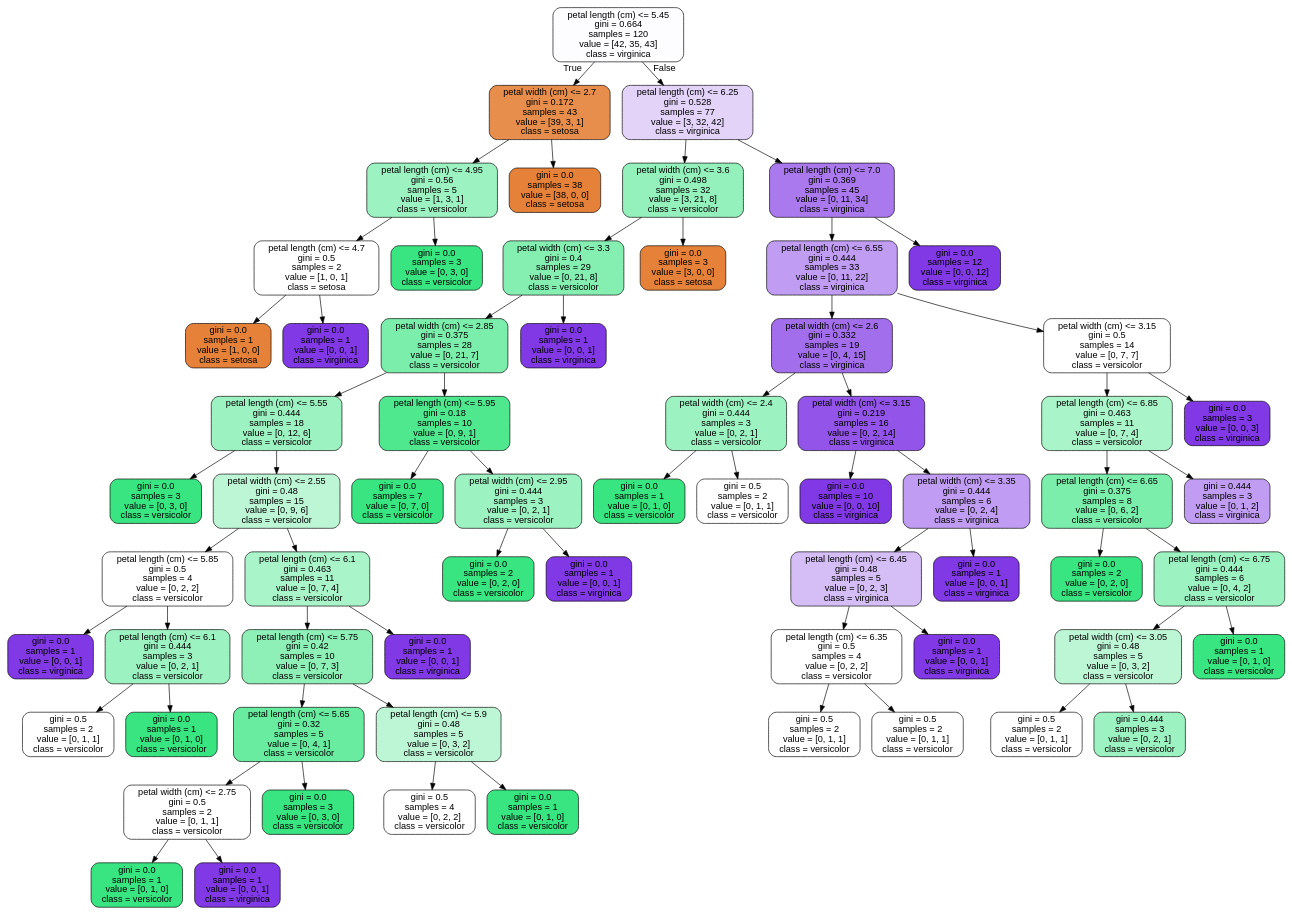
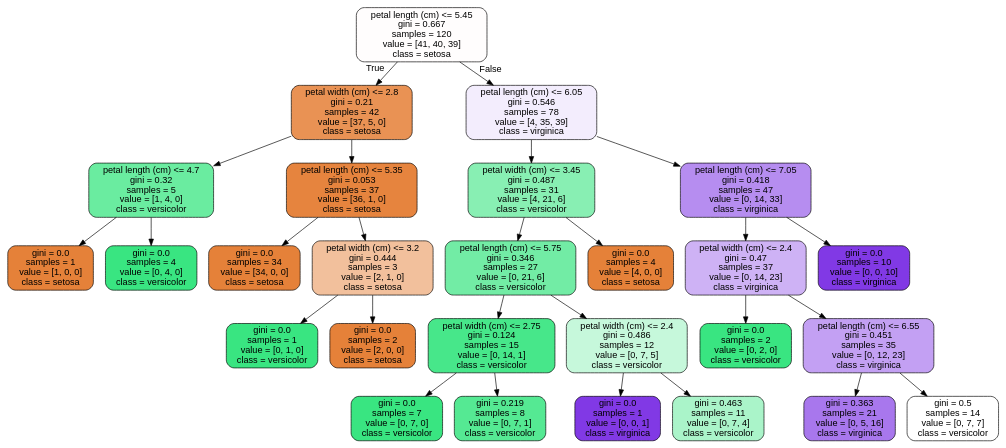
Before and after one commit to JoseDeJesusMendozaBecerril/Practica4_MineriaDeDatos: the diagram in images/decision_trees/iris_tree_train.dot, drawn with Graphviz. The commit also changed 11 other files, not shown here.

```diff
--- a/images/decision_trees/iris_tree_train.dot
+++ b/images/decision_trees/iris_tree_train.dot
@@ -1,133 +1,57 @@
 digraph Tree {
 node [shape=box, style="filled, rounded", color="black", fontname=helvetica] ;
 edge [fontname=helvetica] ;
-0 [label="petal length (cm) <= 5.45\ngini = 0.664\nsamples = 120\nvalue = [42, 35, 43]\nclass = virginica", fillcolor="#fdfcff"] ;
-1 [label="petal width (cm) <= 2.7\ngini = 0.172\nsamples = 43\nvalue = [39, 3, 1]\nclass = setosa", fillcolor="#e88e4d"] ;
+0 [label="petal length (cm) <= 5.45\ngini = 0.667\nsamples = 120\nvalue = [41, 40, 39]\nclass = setosa", fillcolor="#fffdfd"] ;
+1 [label="petal width (cm) <= 2.8\ngini = 0.21\nsamples = 42\nvalue = [37, 5, 0]\nclass = setosa", fillcolor="#e99254"] ;
 0 -> 1 [labeldistance=2.5, labelangle=45, headlabel="True"] ;
-2 [label="petal length (cm) <= 4.95\ngini = 0.56\nsamples = 5\nvalue = [1, 3, 1]\nclass = versicolor", fillcolor="#9cf2c0"] ;
+2 [label="petal length (cm) <= 4.7\ngini = 0.32\nsamples = 5\nvalue = [1, 4, 0]\nclass = versicolor", fillcolor="#6aeca0"] ;
 1 -> 2 ;
-3 [label="petal length (cm) <= 4.7\ngini = 0.5\nsamples = 2\nvalue = [1, 0, 1]\nclass = setosa", fillcolor="#ffffff"] ;
+3 [label="gini = 0.0\nsamples = 1\nvalue = [1, 0, 0]\nclass = setosa", fillcolor="#e58139"] ;
 2 -> 3 ;
-4 [label="gini = 0.0\nsamples = 1\nvalue = [1, 0, 0]\nclass = setosa", fillcolor="#e58139"] ;
-3 -> 4 ;
-5 [label="gini = 0.0\nsamples = 1\nvalue = [0, 0, 1]\nclass = virginica", fillcolor="#8139e5"] ;
-3 -> 5 ;
-6 [label="gini = 0.0\nsamples = 3\nvalue = [0, 3, 0]\nclass = versicolor", fillcolor="#39e581"] ;
-2 -> 6 ;
-7 [label="gini = 0.0\nsamples = 38\nvalue = [38, 0, 0]\nclass = setosa", fillcolor="#e58139"] ;
-1 -> 7 ;
-8 [label="petal length (cm) <= 6.25\ngini = 0.528\nsamples = 77\nvalue = [3, 32, 42]\nclass = virginica", fillcolor="#e3d3f9"] ;
-0 -> 8 [labeldistance=2.5, labelangle=-45, headlabel="False"] ;
-9 [label="petal width (cm) <= 3.6\ngini = 0.498\nsamples = 32\nvalue = [3, 21, 8]\nclass = versicolor", fillcolor="#94f1bb"] ;
-8 -> 9 ;
-10 [label="petal width (cm) <= 3.3\ngini = 0.4\nsamples = 29\nvalue = [0, 21, 8]\nclass = versicolor", fillcolor="#84efb1"] ;
-9 -> 10 ;
-11 [label="petal width (cm) <= 2.85\ngini = 0.375\nsamples = 28\nvalue = [0, 21, 7]\nclass = versicolor", fillcolor="#7beeab"] ;
+4 [label="gini = 0.0\nsamples = 4\nvalue = [0, 4, 0]\nclass = versicolor", fillcolor="#39e581"] ;
+2 -> 4 ;
+5 [label="petal length (cm) <= 5.35\ngini = 0.053\nsamples = 37\nvalue = [36, 1, 0]\nclass = setosa", fillcolor="#e6843e"] ;
+1 -> 5 ;
+6 [label="gini = 0.0\nsamples = 34\nvalue = [34, 0, 0]\nclass = setosa", fillcolor="#e58139"] ;
+5 -> 6 ;
+7 [label="petal width (cm) <= 3.2\ngini = 0.444\nsamples = 3\nvalue = [2, 1, 0]\nclass = setosa", fillcolor="#f2c09c"] ;
+5 -> 7 ;
+8 [label="gini = 0.0\nsamples = 1\nvalue = [0, 1, 0]\nclass = versicolor", fillcolor="#39e581"] ;
+7 -> 8 ;
+9 [label="gini = 0.0\nsamples = 2\nvalue = [2, 0, 0]\nclass = setosa", fillcolor="#e58139"] ;
+7 -> 9 ;
+10 [label="petal length (cm) <= 6.05\ngini = 0.546\nsamples = 78\nvalue = [4, 35, 39]\nclass = virginica", fillcolor="#f3edfd"] ;
+0 -> 10 [labeldistance=2.5, labelangle=-45, headlabel="False"] ;
+11 [label="petal width (cm) <= 3.45\ngini = 0.487\nsamples = 31\nvalue = [4, 21, 6]\nclass = versicolor", fillcolor="#88efb3"] ;
 10 -> 11 ;
-12 [label="petal length (cm) <= 5.55\ngini = 0.444\nsamples = 18\nvalue = [0, 12, 6]\nclass = versicolor", fillcolor="#9cf2c0"] ;
+12 [label="petal length (cm) <= 5.75\ngini = 0.346\nsamples = 27\nvalue = [0, 21, 6]\nclass = versicolor", fillcolor="#72eca5"] ;
 11 -> 12 ;
-13 [label="gini = 0.0\nsamples = 3\nvalue = [0, 3, 0]\nclass = versicolor", fillcolor="#39e581"] ;
+13 [label="petal width (cm) <= 2.75\ngini = 0.124\nsamples = 15\nvalue = [0, 14, 1]\nclass = versicolor", fillcolor="#47e78a"] ;
 12 -> 13 ;
-14 [label="petal width (cm) <= 2.55\ngini = 0.48\nsamples = 15\nvalue = [0, 9, 6]\nclass = versicolor", fillcolor="#bdf6d5"] ;
-12 -> 14 ;
-15 [label="petal length (cm) <= 5.85\ngini = 0.5\nsamples = 4\nvalue = [0, 2, 2]\nclass = versicolor", fillcolor="#ffffff"] ;
-14 -> 15 ;
-16 [label="gini = 0.0\nsamples = 1\nvalue = [0, 0, 1]\nclass = virginica", fillcolor="#8139e5"] ;
-15 -> 16 ;
-17 [label="petal length (cm) <= 6.1\ngini = 0.444\nsamples = 3\nvalue = [0, 2, 1]\nclass = versicolor", fillcolor="#9cf2c0"] ;
-15 -> 17 ;
-18 [label="gini = 0.5\nsamples = 2\nvalue = [0, 1, 1]\nclass = versicolor", fillcolor="#ffffff"] ;
-17 -> 18 ;
-19 [label="gini = 0.0\nsamples = 1\nvalue = [0, 1, 0]\nclass = versicolor", fillcolor="#39e581"] ;
-17 -> 19 ;
-20 [label="petal length (cm) <= 6.1\ngini = 0.463\nsamples = 11\nvalue = [0, 7, 4]\nclass = versicolor", fillcolor="#aaf4c9"] ;
-14 -> 20 ;
-21 [label="petal length (cm) <= 5.75\ngini = 0.42\nsamples = 10\nvalue = [0, 7, 3]\nclass = versicolor", fillcolor="#8ef0b7"] ;
+14 [label="gini = 0.0\nsamples = 7\nvalue = [0, 7, 0]\nclass = versicolor", fillcolor="#39e581"] ;
+13 -> 14 ;
+15 [label="gini = 0.219\nsamples = 8\nvalue = [0, 7, 1]\nclass = versicolor", fillcolor="#55e993"] ;
+13 -> 15 ;
+16 [label="petal width (cm) <= 2.4\ngini = 0.486\nsamples = 12\nvalue = [0, 7, 5]\nclass = versicolor", fillcolor="#c6f8db"] ;
+12 -> 16 ;
+17 [label="gini = 0.0\nsamples = 1\nvalue = [0, 0, 1]\nclass = virginica", fillcolor="#8139e5"] ;
+16 -> 17 ;
+18 [label="gini = 0.463\nsamples = 11\nvalue = [0, 7, 4]\nclass = versicolor", fillcolor="#aaf4c9"] ;
+16 -> 18 ;
+19 [label="gini = 0.0\nsamples = 4\nvalue = [4, 0, 0]\nclass = setosa", fillcolor="#e58139"] ;
+11 -> 19 ;
+20 [label="petal length (cm) <= 7.05\ngini = 0.418\nsamples = 47\nvalue = [0, 14, 33]\nclass = virginica", fillcolor="#b68df0"] ;
+10 -> 20 ;
+21 [label="petal width (cm) <= 2.4\ngini = 0.47\nsamples = 37\nvalue = [0, 14, 23]\nclass = virginica", fillcolor="#ceb2f5"] ;
 20 -> 21 ;
-22 [label="petal length (cm) <= 5.65\ngini = 0.32\nsamples = 5\nvalue = [0, 4, 1]\nclass = versicolor", fillcolor="#6aeca0"] ;
+22 [label="gini = 0.0\nsamples = 2\nvalue = [0, 2, 0]\nclass = versicolor", fillcolor="#39e581"] ;
 21 -> 22 ;
-23 [label="petal width (cm) <= 2.75\ngini = 0.5\nsamples = 2\nvalue = [0, 1, 1]\nclass = versicolor", fillcolor="#ffffff"] ;
-22 -> 23 ;
-24 [label="gini = 0.0\nsamples = 1\nvalue = [0, 1, 0]\nclass = versicolor", fillcolor="#39e581"] ;
+23 [label="petal length (cm) <= 6.55\ngini = 0.451\nsamples = 35\nvalue = [0, 12, 23]\nclass = virginica", fillcolor="#c3a0f3"] ;
+21 -> 23 ;
+24 [label="gini = 0.363\nsamples = 21\nvalue = [0, 5, 16]\nclass = virginica", fillcolor="#a877ed"] ;
 23 -> 24 ;
-25 [label="gini = 0.0\nsamples = 1\nvalue = [0, 0, 1]\nclass = virginica", fillcolor="#8139e5"] ;
+25 [label="gini = 0.5\nsamples = 14\nvalue = [0, 7, 7]\nclass = versicolor", fillcolor="#ffffff"] ;
 23 -> 25 ;
-26 [label="gini = 0.0\nsamples = 3\nvalue = [0, 3, 0]\nclass = versicolor", fillcolor="#39e581"] ;
-22 -> 26 ;
-27 [label="petal length (cm) <= 5.9\ngini = 0.48\nsamples = 5\nvalue = [0, 3, 2]\nclass = versicolor", fillcolor="#bdf6d5"] ;
-21 -> 27 ;
-28 [label="gini = 0.5\nsamples = 4\nvalue = [0, 2, 2]\nclass = versicolor", fillcolor="#ffffff"] ;
-27 -> 28 ;
-29 [label="gini = 0.0\nsamples = 1\nvalue = [0, 1, 0]\nclass = versicolor", fillcolor="#39e581"] ;
-27 -> 29 ;
-30 [label="gini = 0.0\nsamples = 1\nvalue = [0, 0, 1]\nclass = virginica", fillcolor="#8139e5"] ;
-20 -> 30 ;
-31 [label="petal length (cm) <= 5.95\ngini = 0.18\nsamples = 10\nvalue = [0, 9, 1]\nclass = versicolor", fillcolor="#4fe88f"] ;
-11 -> 31 ;
-32 [label="gini = 0.0\nsamples = 7\nvalue = [0, 7, 0]\nclass = versicolor", fillcolor="#39e581"] ;
-31 -> 32 ;
-33 [label="petal width (cm) <= 2.95\ngini = 0.444\nsamples = 3\nvalue = [0, 2, 1]\nclass = versicolor", fillcolor="#9cf2c0"] ;
-31 -> 33 ;
-34 [label="gini = 0.0\nsamples = 2\nvalue = [0, 2, 0]\nclass = versicolor", fillcolor="#39e581"] ;
-33 -> 34 ;
-35 [label="gini = 0.0\nsamples = 1\nvalue = [0, 0, 1]\nclass = virginica", fillcolor="#8139e5"] ;
-33 -> 35 ;
-36 [label="gini = 0.0\nsamples = 1\nvalue = [0, 0, 1]\nclass = virginica", fillcolor="#8139e5"] ;
-10 -> 36 ;
-37 [label="gini = 0.0\nsamples = 3\nvalue = [3, 0, 0]\nclass = setosa", fillcolor="#e58139"] ;
-9 -> 37 ;
-38 [label="petal length (cm) <= 7.0\ngini = 0.369\nsamples = 45\nvalue = [0, 11, 34]\nclass = virginica", fillcolor="#aa79ed"] ;
-8 -> 38 ;
-39 [label="petal length (cm) <= 6.55\ngini = 0.444\nsamples = 33\nvalue = [0, 11, 22]\nclass = virginica", fillcolor="#c09cf2"] ;
-38 -> 39 ;
-40 [label="petal width (cm) <= 2.6\ngini = 0.332\nsamples = 19\nvalue = [0, 4, 15]\nclass = virginica", fillcolor="#a36eec"] ;
-39 -> 40 ;
-41 [label="petal width (cm) <= 2.4\ngini = 0.444\nsamples = 3\nvalue = [0, 2, 1]\nclass = versicolor", fillcolor="#9cf2c0"] ;
-40 -> 41 ;
-42 [label="gini = 0.0\nsamples = 1\nvalue = [0, 1, 0]\nclass = versicolor", fillcolor="#39e581"] ;
-41 -> 42 ;
-43 [label="gini = 0.5\nsamples = 2\nvalue = [0, 1, 1]\nclass = versicolor", fillcolor="#ffffff"] ;
-41 -> 43 ;
-44 [label="petal width (cm) <= 3.15\ngini = 0.219\nsamples = 16\nvalue = [0, 2, 14]\nclass = virginica", fillcolor="#9355e9"] ;
-40 -> 44 ;
-45 [label="gini = 0.0\nsamples = 10\nvalue = [0, 0, 10]\nclass = virginica", fillcolor="#8139e5"] ;
-44 -> 45 ;
-46 [label="petal width (cm) <= 3.35\ngini = 0.444\nsamples = 6\nvalue = [0, 2, 4]\nclass = virginica", fillcolor="#c09cf2"] ;
-44 -> 46 ;
-47 [label="petal length (cm) <= 6.45\ngini = 0.48\nsamples = 5\nvalue = [0, 2, 3]\nclass = virginica", fillcolor="#d5bdf6"] ;
-46 -> 47 ;
-48 [label="petal length (cm) <= 6.35\ngini = 0.5\nsamples = 4\nvalue = [0, 2, 2]\nclass = versicolor", fillcolor="#ffffff"] ;
-47 -> 48 ;
-49 [label="gini = 0.5\nsamples = 2\nvalue = [0, 1, 1]\nclass = versicolor", fillcolor="#ffffff"] ;
-48 -> 49 ;
-50 [label="gini = 0.5\nsamples = 2\nvalue = [0, 1, 1]\nclass = versicolor", fillcolor="#ffffff"] ;
-48 -> 50 ;
-51 [label="gini = 0.0\nsamples = 1\nvalue = [0, 0, 1]\nclass = virginica", fillcolor="#8139e5"] ;
-47 -> 51 ;
-52 [label="gini = 0.0\nsamples = 1\nvalue = [0, 0, 1]\nclass = virginica", fillcolor="#8139e5"] ;
-46 -> 52 ;
-53 [label="petal width (cm) <= 3.15\ngini = 0.5\nsamples = 14\nvalue = [0, 7, 7]\nclass = versicolor", fillcolor="#ffffff"] ;
-39 -> 53 ;
-54 [label="petal length (cm) <= 6.85\ngini = 0.463\nsamples = 11\nvalue = [0, 7, 4]\nclass = versicolor", fillcolor="#aaf4c9"] ;
-53 -> 54 ;
-55 [label="petal length (cm) <= 6.65\ngini = 0.375\nsamples = 8\nvalue = [0, 6, 2]\nclass = versicolor", fillcolor="#7beeab"] ;
-54 -> 55 ;
-56 [label="gini = 0.0\nsamples = 2\nvalue = [0, 2, 0]\nclass = versicolor", fillcolor="#39e581"] ;
-55 -> 56 ;
-57 [label="petal length (cm) <= 6.75\ngini = 0.444\nsamples = 6\nvalue = [0, 4, 2]\nclass = versicolor", fillcolor="#9cf2c0"] ;
-55 -> 57 ;
-58 [label="petal width (cm) <= 3.05\ngini = 0.48\nsamples = 5\nvalue = [0, 3, 2]\nclass = versicolor", fillcolor="#bdf6d5"] ;
-57 -> 58 ;
-59 [label="gini = 0.5\nsamples = 2\nvalue = [0, 1, 1]\nclass = versicolor", fillcolor="#ffffff"] ;
-58 -> 59 ;
-60 [label="gini = 0.444\nsamples = 3\nvalue = [0, 2, 1]\nclass = versicolor", fillcolor="#9cf2c0"] ;
-58 -> 60 ;
-61 [label="gini = 0.0\nsamples = 1\nvalue = [0, 1, 0]\nclass = versicolor", fillcolor="#39e581"] ;
-57 -> 61 ;
-62 [label="gini = 0.444\nsamples = 3\nvalue = [0, 1, 2]\nclass = virginica", fillcolor="#c09cf2"] ;
-54 -> 62 ;
-63 [label="gini = 0.0\nsamples = 3\nvalue = [0, 0, 3]\nclass = virginica", fillcolor="#8139e5"] ;
-53 -> 63 ;
-64 [label="gini = 0.0\nsamples = 12\nvalue = [0, 0, 12]\nclass = virginica", fillcolor="#8139e5"] ;
-38 -> 64 ;
+26 [label="gini = 0.0\nsamples = 10\nvalue = [0, 0, 10]\nclass = virginica", fillcolor="#8139e5"] ;
+20 -> 26 ;
 }
```
